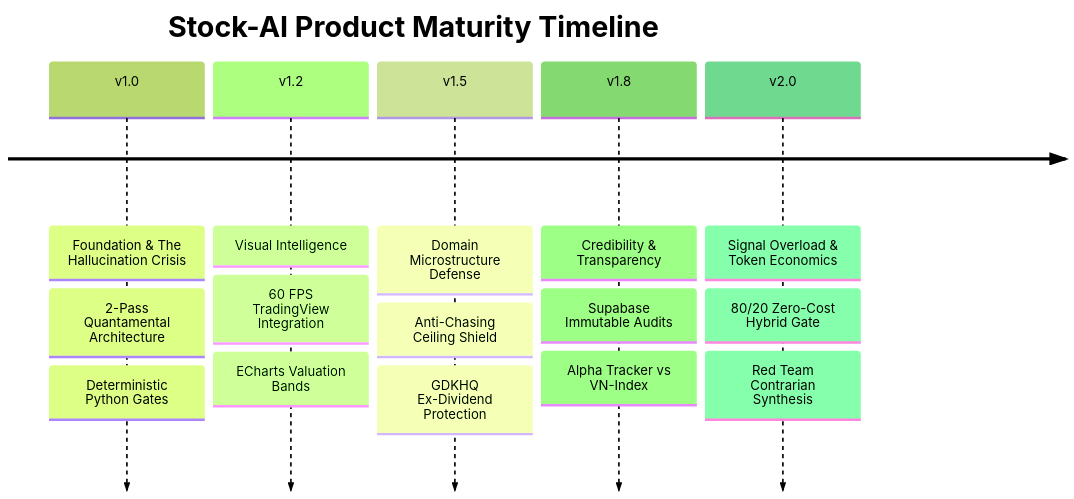
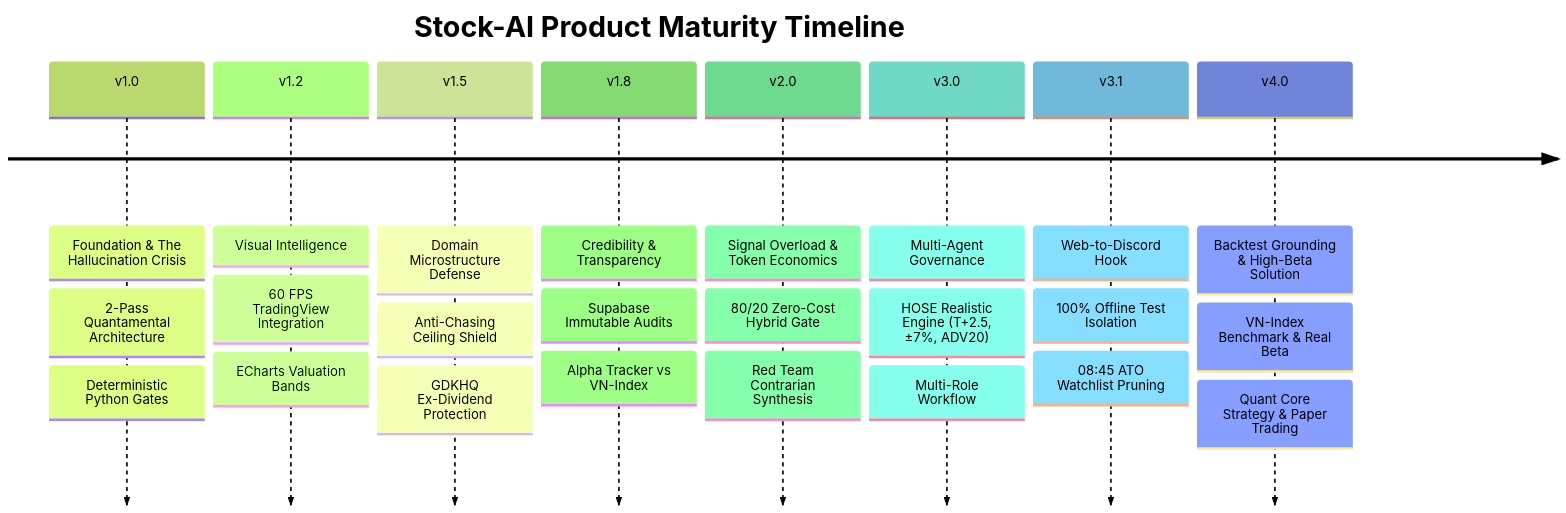
One commit to VinhTung1410/Stock-AI changed the first of 2 diagrams in docs/PRODUCT_CASE_STUDY.md. Above: the diagram before and after it, drawn with Mermaid (forest theme). The commit also changed other lines of this file and 1 other file, not shown here.

Commit message:
docs: update PRODUCT_CASE_STUDY and PROJECT_STRUCTURE with v4.0 backtest architecture and case study

````diff
--- a/docs/PRODUCT_CASE_STUDY.md
+++ b/docs/PRODUCT_CASE_STUDY.md
@@ -38,9 +40,12 @@
 ```mermaid
 timeline
     title Stock-AI Product Maturity Timeline
     v1.0 : Foundation & The Hallucination Crisis : 2-Pass Quantamental Architecture : Deterministic Python Gates
     v1.2 : Visual Intelligence : 60 FPS TradingView Integration : ECharts Valuation Bands
     v1.5 : Domain Microstructure Defense : Anti-Chasing Ceiling Shield : GDKHQ Ex-Dividend Protection
     v1.8 : Credibility & Transparency : Supabase Immutable Audits : Alpha Tracker vs VN-Index
     v2.0 : Signal Overload & Token Economics : 80/20 Zero-Cost Hybrid Gate : Red Team Contrarian Synthesis
+    v3.0 : Multi-Agent Governance : HOSE Realistic Engine (T+2.5, ±7%, ADV20) : Multi-Role Workflow
+    v3.1 : Web-to-Discord Hook : 100% Offline Test Isolation : 08:45 ATO Watchlist Pruning
+    v4.0 : Backtest Grounding & High-Beta Solution : VN-Index Benchmark & Real Beta : Quant Core Strategy & Paper Trading
 ```
````
